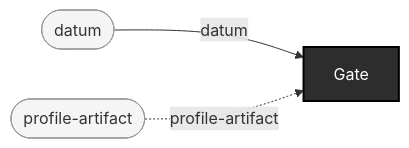
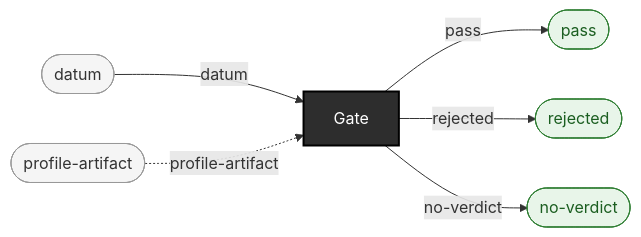
The diagram in docs/use-cases/profile-tier-hl7v2-conformance-gating.md (pragsmike/ehr-testing-tools), drawn with Mermaid before and after one commit. The commit also changed 21 other files, not shown here.

First line of the commit message:
docs: regenerate use-case pages and pipeline diagram with result nodes (mechanical, zero hand edits)

````diff
--- a/docs/use-cases/profile-tier-hl7v2-conformance-gating.md
+++ b/docs/use-cases/profile-tier-hl7v2-conformance-gating.md
@@ -35,24 +35,37 @@
 ```mermaid
 flowchart LR
 
     %% --- Source types (raw inputs, not produced by any operation) ---
     datum(["datum"])
     profile_artifact(["profile-artifact"])
 
     %% --- Operations (boxes; spiders use distinct shapes) ---
     Gate["Gate"]
 
+    %% --- Result types (terminal outputs) ---
+    no_verdict_out(["no-verdict"])
+    pass_out(["pass"])
+    rejected_out(["rejected"])
+
     %% --- Wires (typed connections) ---
     %% Arrow 1: Gate
     datum -- datum --> Gate
     profile_artifact -. profile-artifact .-> Gate
+    Gate -- "pass" --> pass_out
+    Gate -- "rejected" --> rejected_out
+    Gate -- "no-verdict" --> no_verdict_out
 
     %% --- Styling ---
 
     %% Operations: dark boxes (fan=blue, funnel=green, enrichment=outlined, gate=purple, external=dashed)
     style Gate fill:#2d2d2d,stroke:#000,color:#fff,stroke-width:2px
 
     %% Source types: light rounded
     style datum fill:#f5f5f5,stroke:#999,color:#333
     style profile_artifact fill:#f5f5f5,stroke:#999,color:#333
+
+    %% Result types (terminal outputs): green rounded
+    style no_verdict_out fill:#e8f5e9,stroke:#2e7d32,color:#1b5e20
+    style pass_out fill:#e8f5e9,stroke:#2e7d32,color:#1b5e20
+    style rejected_out fill:#e8f5e9,stroke:#2e7d32,color:#1b5e20
 ```
````
